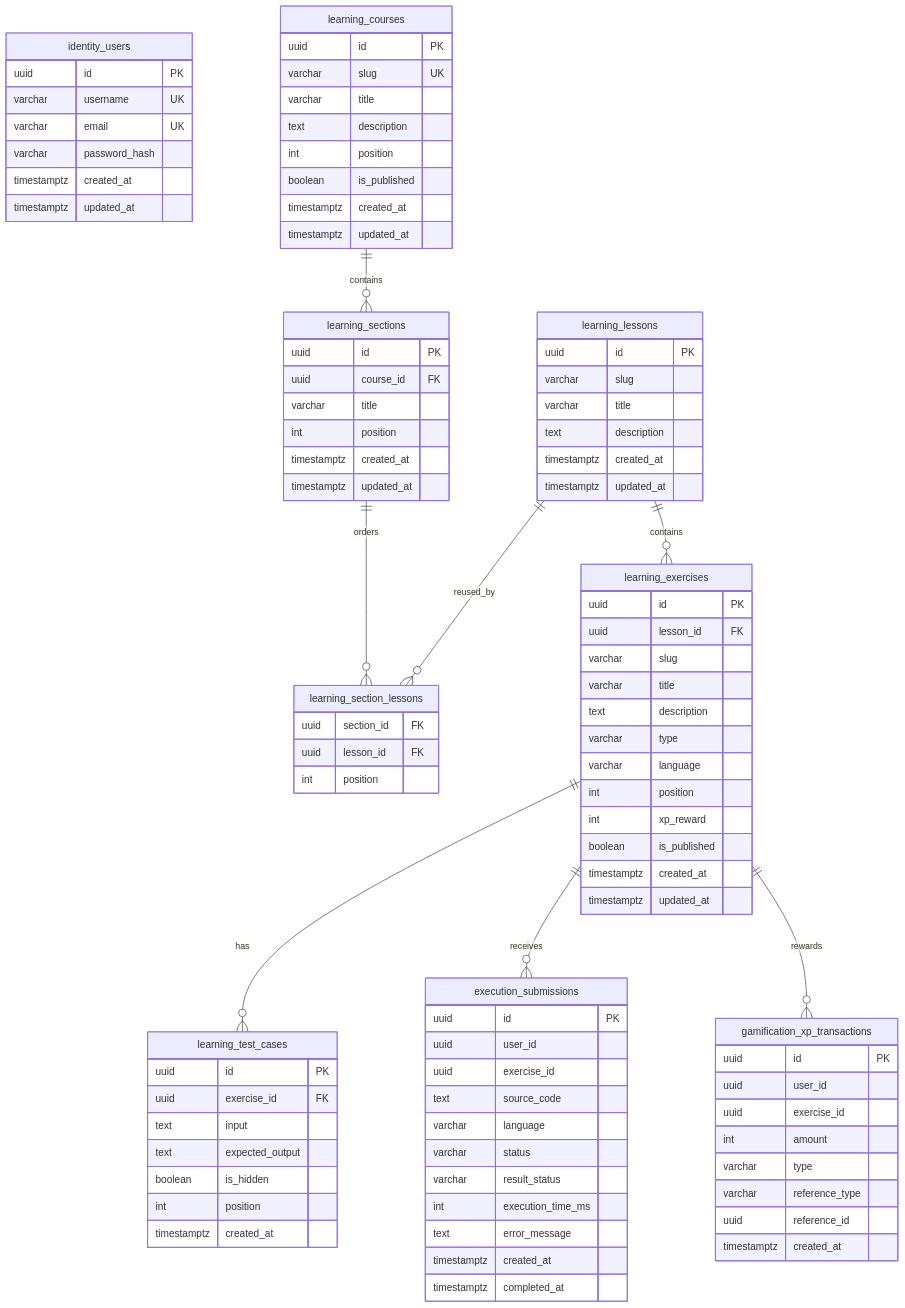
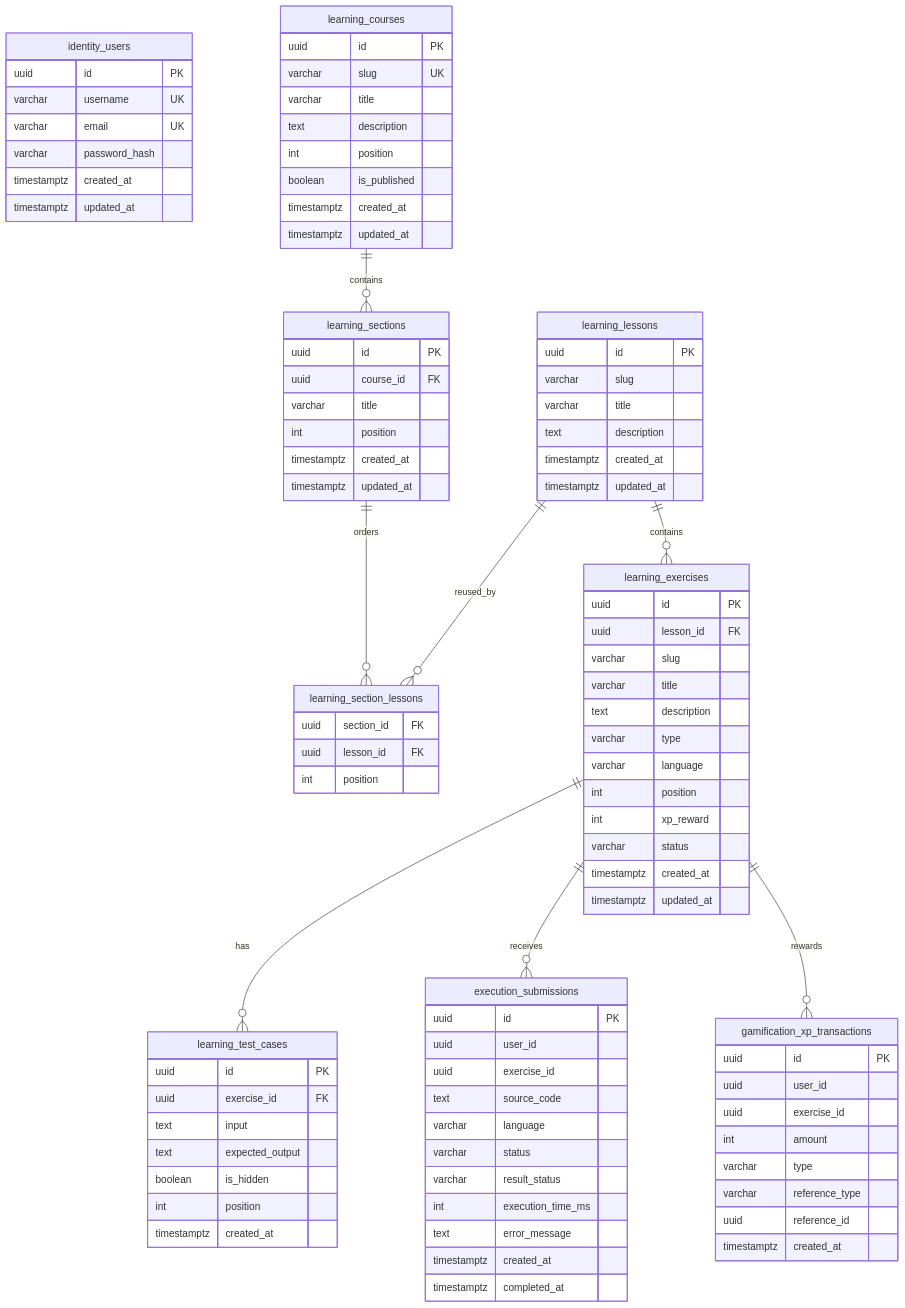
Before and after one commit to RIZKI-KUDENG/coding-platform: the diagram in docs/ERD.md, drawn with Mermaid. The commit also changed 13 other files, not shown here.

```diff
--- a/docs/ERD.md
+++ b/docs/ERD.md
@@ -108,7 +108,7 @@
         varchar language
         int position
         int xp_reward
-        boolean is_published
+        varchar status
         timestamptz created_at
         timestamptz updated_at
     }
```
